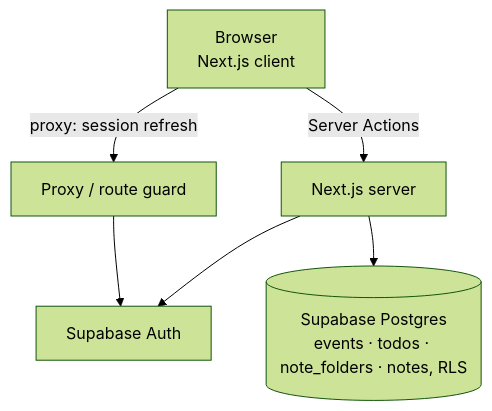
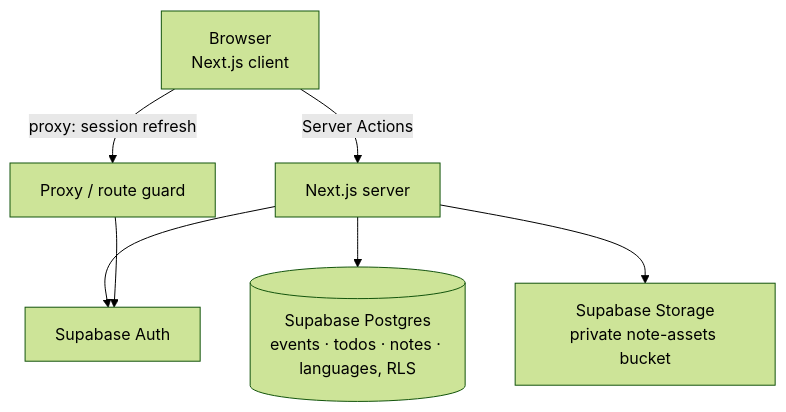
One commit to BobbiJohnson03/luce changed the first of 2 diagrams in README.md. Above: the diagram before and after it, drawn with Mermaid (forest theme). The commit also changed other lines of this file and 2 other files, not shown here.

````diff
--- a/README.md
+++ b/README.md
@@ -67,8 +75,9 @@
 ```mermaid
 graph TD
     A[Browser<br/>Next.js client] -->|Server Actions| B[Next.js server]
     A -->|proxy: session refresh| P[Proxy / route guard]
     B --> C[Supabase Auth]
-    B --> D[(Supabase Postgres<br/>events · todos · note_folders · notes, RLS)]
+    B --> D[(Supabase Postgres<br/>events · todos · notes · languages, RLS)]
+    B --> S[Supabase Storage<br/>private note-assets bucket]
     P --> C
 ```
````
